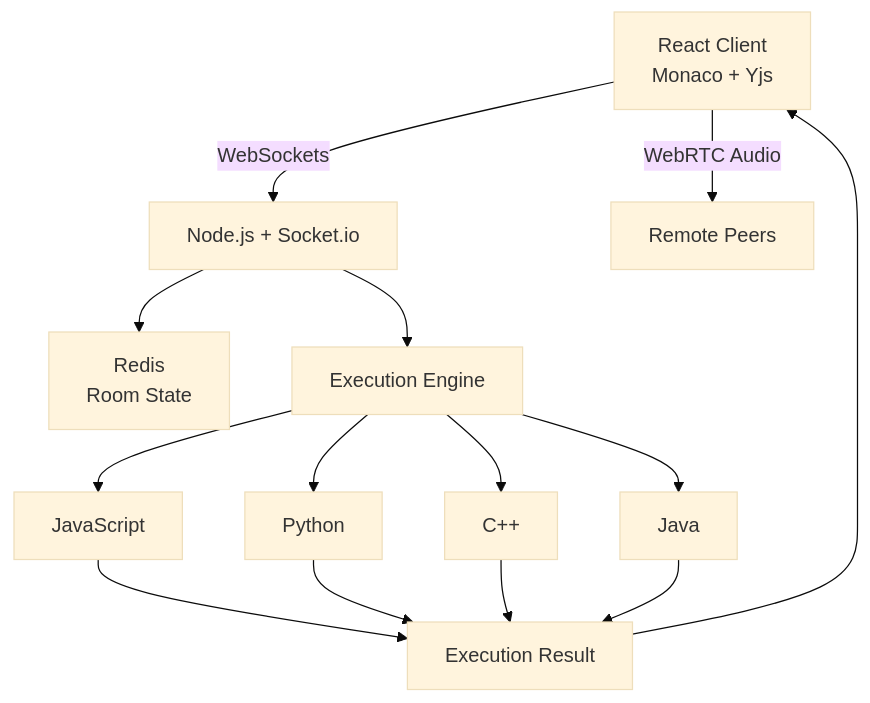
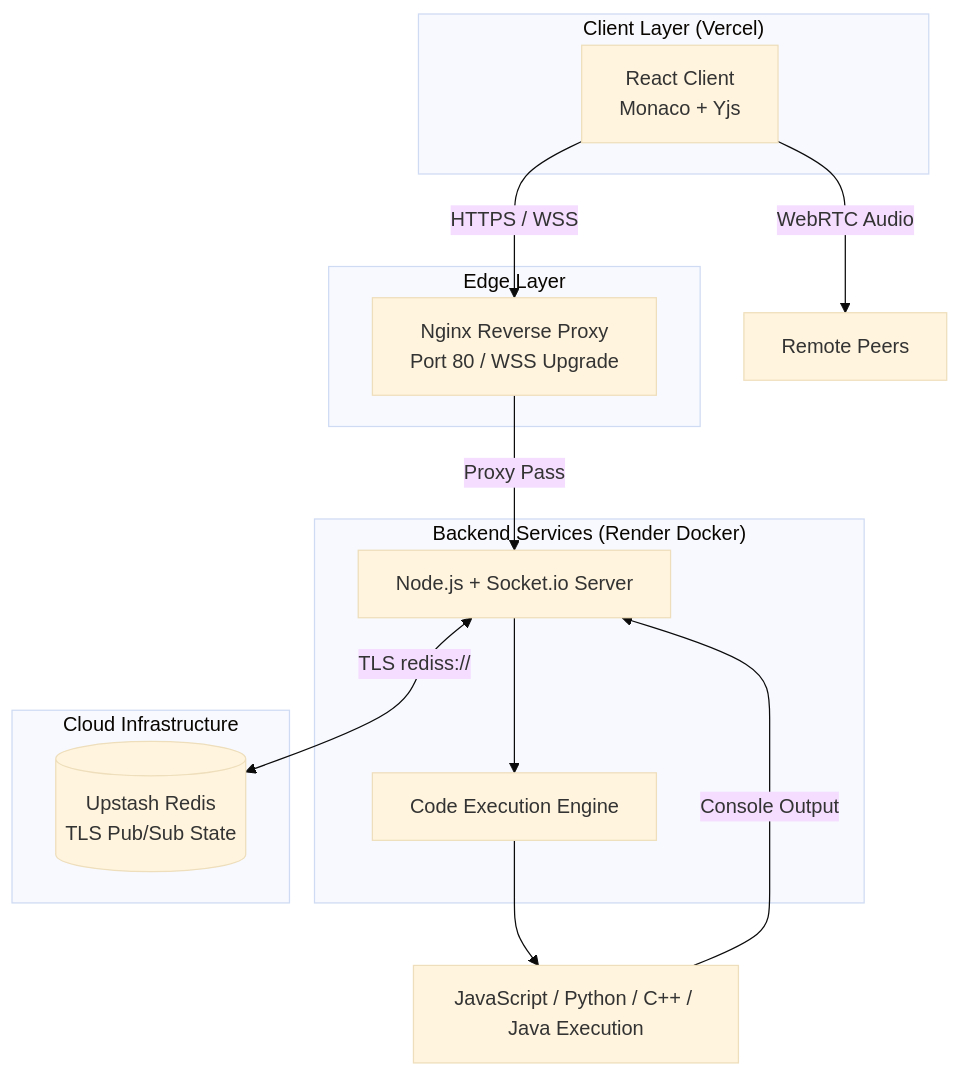
One commit to Ghoul-07/Code-Sync changed the diagram in README.md. Above: the diagram before and after it, drawn with Mermaid (base theme). The commit also changed other lines of this file, not shown here.

````diff
--- a/README.md
+++ b/README.md
@@ -42,21 +90,30 @@
 ```mermaid
 flowchart TD
 
-A[React Client<br/>Monaco + Yjs] -->|WebSockets| B[Node.js + Socket.io]
+subgraph Client ["Client Layer (Vercel)"]
+    A[React Client<br/>Monaco + Yjs]
+end
+
+subgraph Edge ["Edge Layer"]
+    NG[Nginx Reverse Proxy<br/>Port 80 / WSS Upgrade]
+end
+
+subgraph Backend ["Backend Services (Render Docker)"]
+    B[Node.js + Socket.io Server]
+    E[Code Execution Engine]
+end
+
+subgraph Storage ["Cloud Infrastructure"]
+    D[(Upstash Redis<br/>TLS Pub/Sub State)]
+end
+
+A -->|HTTPS / WSS| NG
+NG -->|Proxy Pass| B
 A -->|WebRTC Audio| C[Remote Peers]
 
-B --> D[Redis<br/>Room State]
-B --> E[Execution Engine]
+B <-->|TLS rediss://| D
+B --> E
 
-E --> F[JavaScript]
-E --> G[Python]
-E --> H[C++]
-E --> I[Java]
-
-F --> J[Execution Result]
-G --> J
-H --> J
-I --> J
-
-J --> A
+E --> F[JavaScript / Python / C++ / Java Execution]
+F -->|Console Output| B
 ```
````
